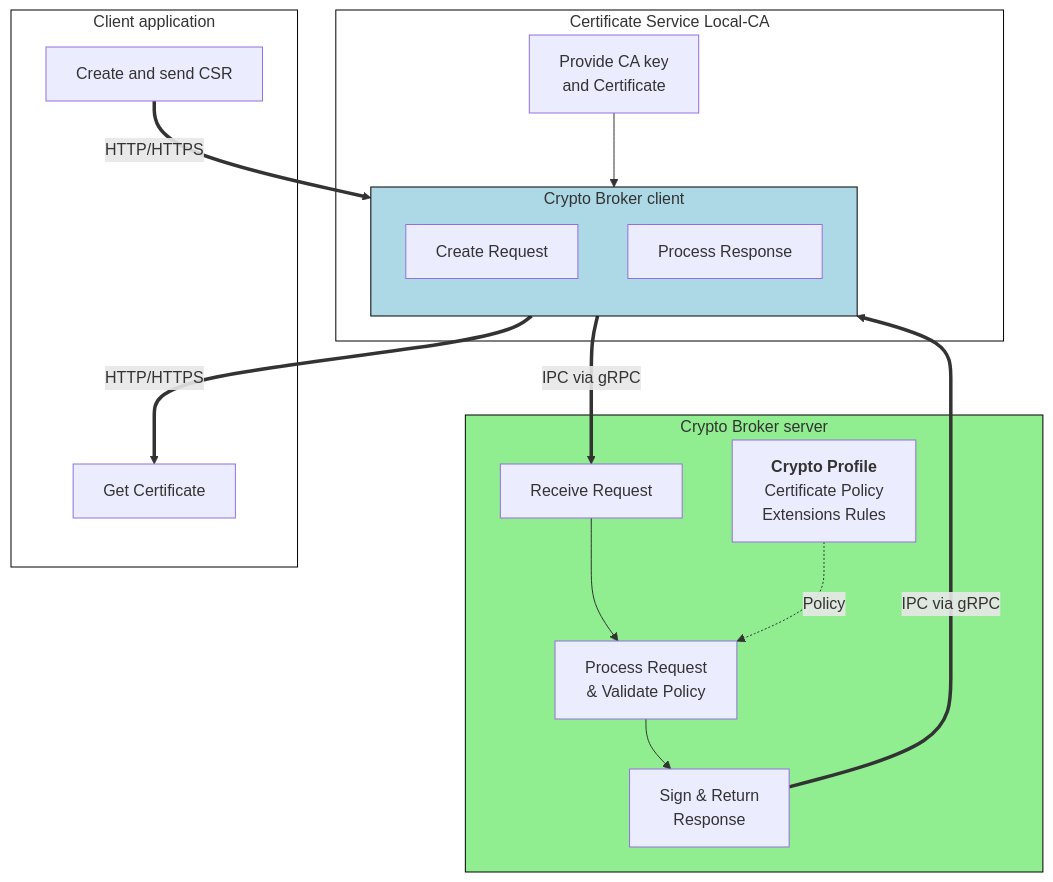
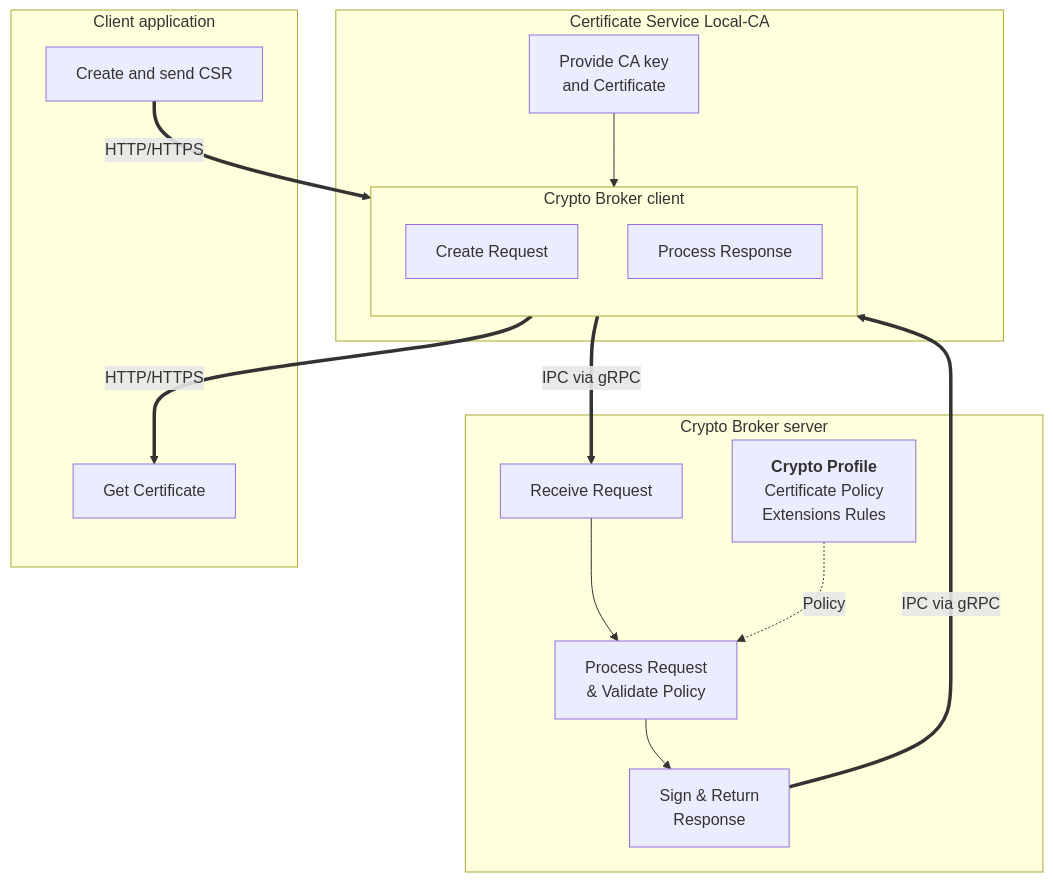
One commit to open-crypto-broker/crypto-broker-documentation changed the fifth of 5 diagrams in architecture/architecture.md. Above: the diagram before and after it, drawn with Mermaid. The commit also changed other lines of this file and 1 other file, not shown here.

````diff
--- a/architecture/architecture.md
+++ b/architecture/architecture.md
@@ -157,36 +158,32 @@
 ```mermaid
 graph TD
     subgraph broker [Crypto Broker server]
         P[<b>Crypto Profile</b><br/>Certificate Policy<br/>Extensions Rules]
         F[Receive Request]
         G[Process Request<br/>& Validate Policy]
         H[Sign & Return<br/>Response]
         F --> G
         G --> H
         P -.Policy.-> G
     end
-    style broker fill:#90EE90,stroke:#000000
     
     subgraph ca [Certificate Service Local-CA]
         C[Provide CA key<br/>and Certificate]
         subgraph brokerlib [Crypto Broker client]
             direction TB
             D[Create Request]
             E[Process Response]
         end
-        style brokerlib fill:#ADD8E6,stroke:#000000
         C --> D
     end
-    style ca fill:#ffffff,stroke:#000000
     
     subgraph client [Client application]
         A[Create and send CSR]
         B[Get Certificate]
     end
-    style client fill:#ffffff,stroke:#000000
     
     A == HTTP/HTTPS ==> D
     E == HTTP/HTTPS ==> B
     D == IPC via gRPC ==> F
     H == IPC via gRPC ==> E
 ```
````
